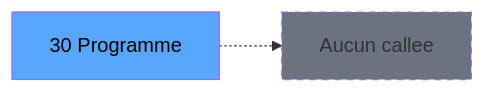
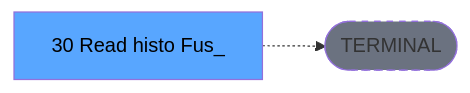
Before and after one commit to thonyAGP/lecteur-magic: the third of 3 diagrams in .openspec/renders/ADH-IDE-30.md, drawn with Mermaid. The commit also changed other lines of this file and 701 other files, not shown here.

````diff
--- a/.openspec/renders/ADH-IDE-30.md
+++ b/.openspec/renders/ADH-IDE-30.md
@@ -152,8 +138,8 @@
 ```mermaid
 graph LR
-    T[30 Programme]
-    NONE[Aucun callee]
-    T -.-> NONE
+    T[30 Read histo Fus_]
+    TERM([TERMINAL])
+    T -.-> TERM
+    style TERM fill:#6b7280,stroke-dasharray: 5 5
     style T fill:#58a6ff,color:#000
-    style NONE fill:#6b7280,stroke-dasharray: 5 5
 ```
````
